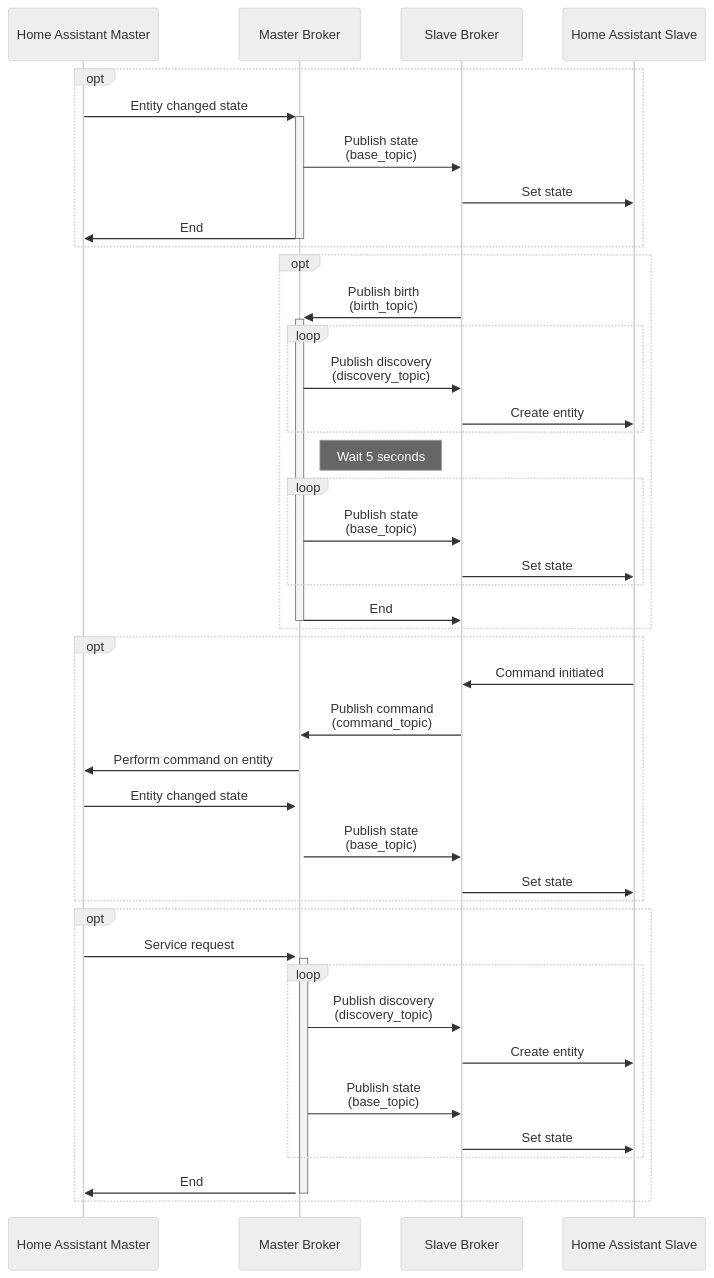
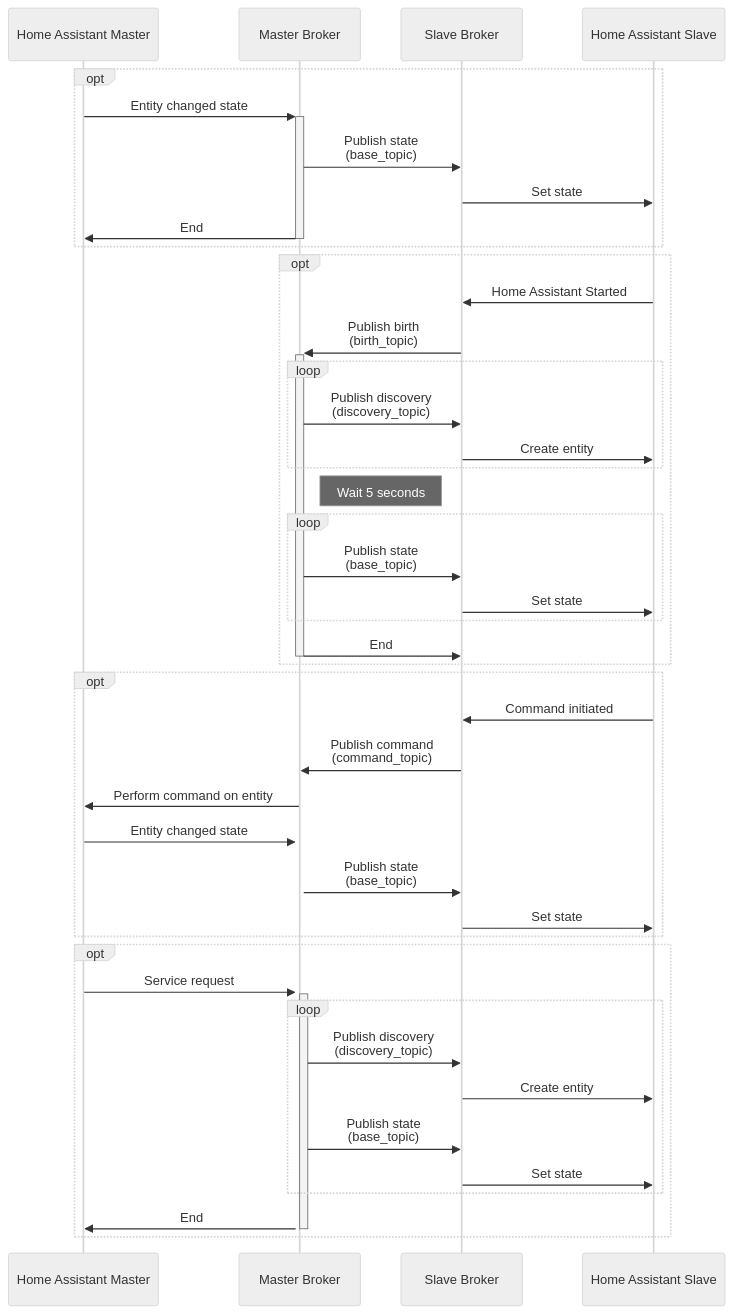
One commit to RogerSelwyn/mqtt_discoverystream_ha changed the second of 2 diagrams in README.md. Above: the diagram before and after it, drawn with Mermaid (neutral theme).

````diff
--- a/README.md
+++ b/README.md
@@ -124,46 +124,47 @@
 ```mermaid
 sequenceDiagram
 participant H as Home Assistant Master
 participant M as Master Broker
 participant S as Slave Broker
 participant R as Home Assistant Slave
 opt
   H->>+M: Entity changed state
   M->>S: Publish state<br/>(base_topic)
   S->>R: Set state
   M->>-H: End
 end
 
 opt
+  R->>S: Home Assistant Started
   S->>+M: Publish birth<br/>(birth_topic)
   loop 
     M->>S: Publish discovery<br/>(discovery_topic)
     S->>R: Create entity
   end
 note right of M: Wait 5 seconds
   loop 
     M->>S: Publish state<br/>(base_topic)
     S->>R: Set state
   end
   M->>-S: End
 end
 opt
   R->>S: Command initiated
   S->>M: Publish command<br/>(command_topic)
   M->>H: Perform command on entity
   H->>+M: Entity changed state
   M->>S: Publish state<br/>(base_topic)
   S->>R: Set state
 end
 
 opt
   H->>+M: Service request
   loop
     M->>S: Publish discovery<br/>(discovery_topic)
     S->>R: Create entity
     M->>S: Publish state<br/>(base_topic)
     S->>R: Set state
   end
   M->>-H: End
 end
 ```
````
